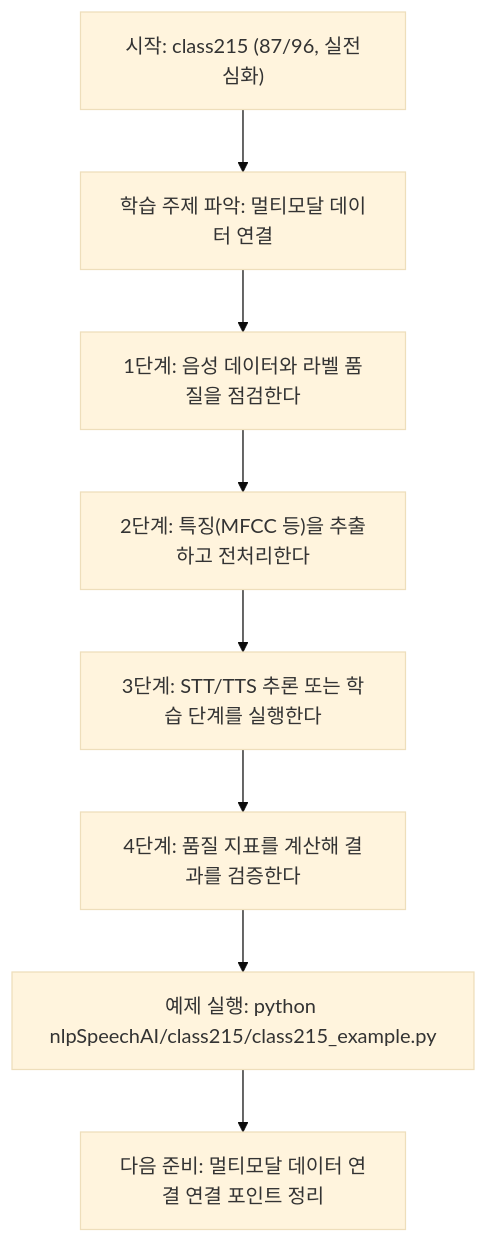
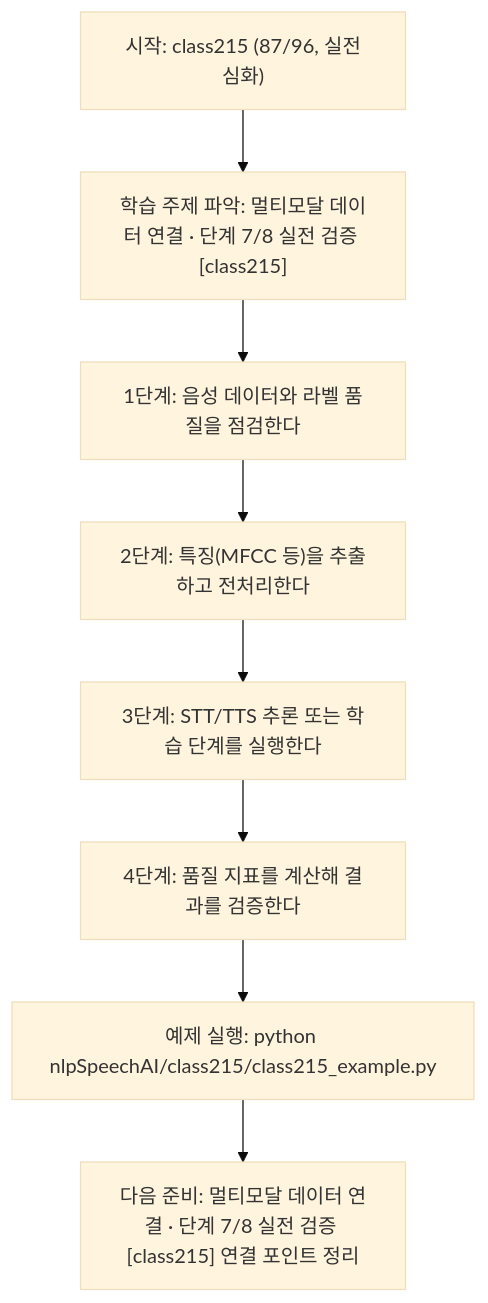
Before and after one commit to edumgt/Python-AI_Agent-Class: the diagram in nlpSpeechAI/class215/class215.md, drawn with Mermaid (base theme). The commit also changed other lines of this file and 522 other files, not shown here.

````diff
--- a/nlpSpeechAI/class215/class215.md
+++ b/nlpSpeechAI/class215/class215.md
@@ -113,18 +114,18 @@
 ```mermaid
 flowchart TD
 N1["시작: class215 (87/96, 실전심화)"]
-N2["학습 주제 파악: 멀티모달 데이터 연결"]
+N2["학습 주제 파악: 멀티모달 데이터 연결 · 단계 7/8 실전 검증 [class215]"]
 N3["1단계: 음성 데이터와 라벨 품질을 점검한다"]
 N4["2단계: 특징(MFCC 등)을 추출하고 전처리한다"]
 N5["3단계: STT/TTS 추론 또는 학습 단계를 실행한다"]
 N6["4단계: 품질 지표를 계산해 결과를 검증한다"]
 N7["예제 실행: python nlpSpeechAI/class215/class215_example.py"]
-N8["다음 준비: 멀티모달 데이터 연결 연결 포인트 정리"]
+N8["다음 준비: 멀티모달 데이터 연결 · 단계 7/8 실전 검증 [class215] 연결 포인트 정리"]
 N1 --> N2
 N2 --> N3
 N3 --> N4
 N4 --> N5
 N5 --> N6
 N6 --> N7
 N7 --> N8
 ```
````
